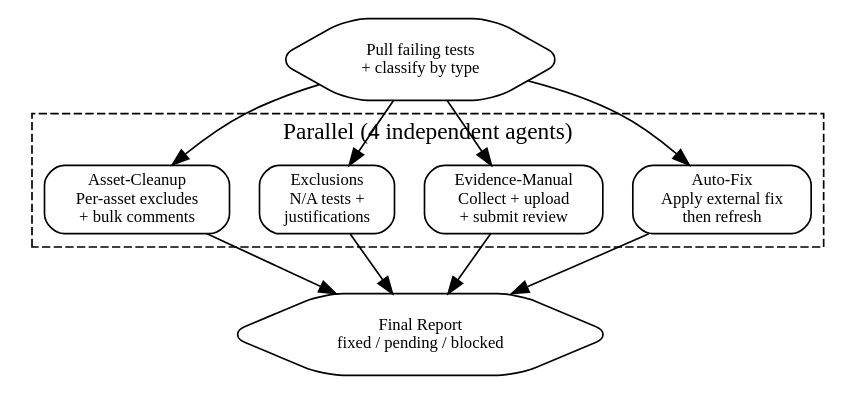
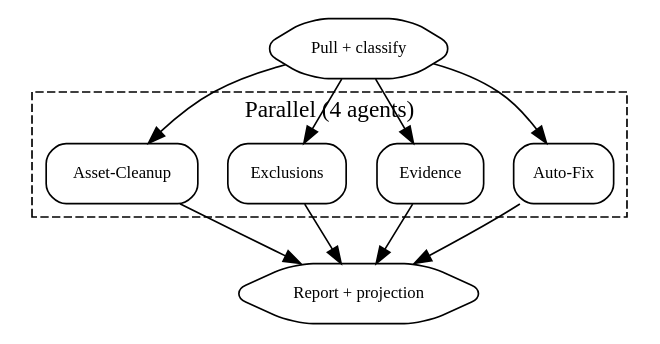
Before and after one commit to Cleo-Labs-IA/skills_library: the diagram in skills/evidence-blitz/SKILL.md, drawn with Graphviz. The commit also changed other lines of this file and 14 other files, not shown here.

````diff
--- a/skills/evidence-blitz/SKILL.md
+++ b/skills/evidence-blitz/SKILL.md
@@ -12,16 +12,13 @@
 ```dot
 digraph {
   rankdir=TB; node [shape=box style=rounded fontsize=10];
-  pull [label="Pull failing tests\n+ classify by type" shape=hexagon];
+  pull [label="Pull + classify" shape=hexagon];
   subgraph cluster_a {
-    label="Parallel (4 independent agents)"; style=dashed;
-    af [label="Auto-Fix\nApply external fix\nthen refresh"];
-    ev [label="Evidence-Manual\nCollect + upload\n+ submit review"];
-    ex [label="Exclusions\nN/A tests +\njustifications"];
-    ac [label="Asset-Cleanup\nPer-asset excludes\n+ bulk comments"];
+    label="Parallel (4 agents)"; style=dashed;
+    af [label="Auto-Fix"]; ev [label="Evidence"]; ex [label="Exclusions"]; ac [label="Asset-Cleanup"];
   }
-  rpt [label="Final Report\nfixed / pending / blocked" shape=hexagon];
+  rpt [label="Report + projection" shape=hexagon];
   pull -> af; pull -> ev; pull -> ex; pull -> ac;
   af -> rpt; ev -> rpt; ex -> rpt; ac -> rpt;
 }
 ```
````
